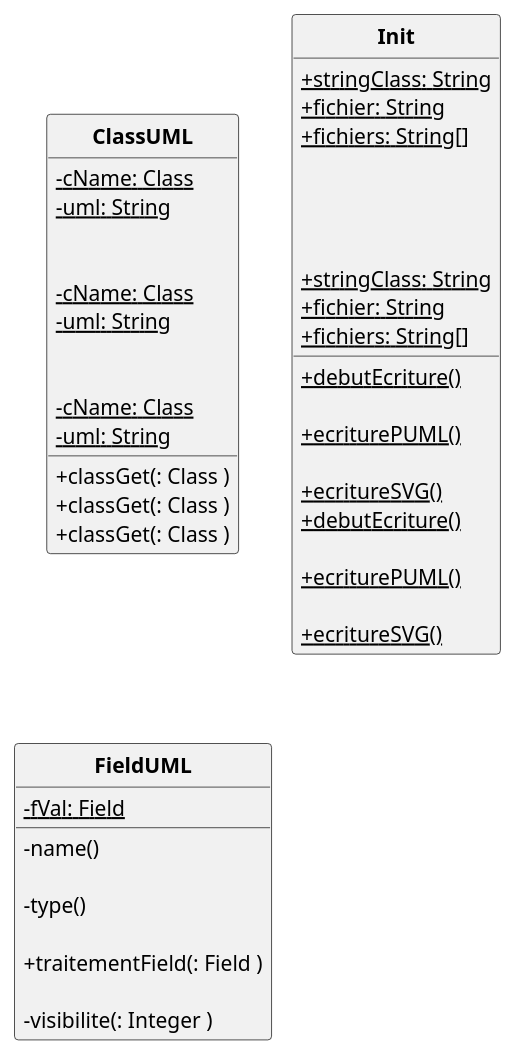
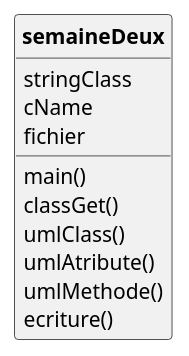
One commit to D3B1RUM4N/SAE_P21 changed the diagram in out/production/saep21/uml/classUML.puml. Above: the diagram before and after it, drawn with PlantUML. The commit also changed 10 other files, not shown here.

Commit message:
fin semaine 4, manque puml

```diff
--- a/out/production/saep21/uml/classUML.puml
+++ b/out/production/saep21/uml/classUML.puml
@@ -1,73 +1,22 @@
 @startuml
 
 'UML GENER PAR CODE :)
 
 skinparam style strictuml
 skinparam classAttributeIconSize 0
 skinparam classFontStyle Bold
 hide empty members
 
-
-
-class ClassUML{
--{static}cName: Class
--{static}uml: String
-+classGet(: Class )
-
-
-}
-
-
-class ClassUML{
--{static}cName: Class
--{static}uml: String
-+classGet(: Class )
-
-
-}
-class Init{
-+{static}stringClass: String
-+{static}fichier: String
-+{static}fichiers: String[]
-+{static}debutEcriture()
-
-+{static}ecriturePUML()
-
-+{static}ecritureSVG()
-
-
-}
-
-
-class ClassUML{
--{static}cName: Class
--{static}uml: String
-+classGet(: Class )
-
-
-}
-class Init{
-+{static}stringClass: String
-+{static}fichier: String
-+{static}fichiers: String[]
-+{static}debutEcriture()
-
-+{static}ecriturePUML()
-
-+{static}ecritureSVG()
-
-
-}
-class FieldUML{
--{static}fVal: Field
--name()
-
--type()
-
-+traitementField(: Field )
-
--visibilite(: Integer )
-
+class semaineDeux{
+stringClass
+cName
+fichier
+main()
+classGet()
+umlClass()
+umlAtribute()
+umlMethode()
+ecriture()
 
 }
 @enduml
```
